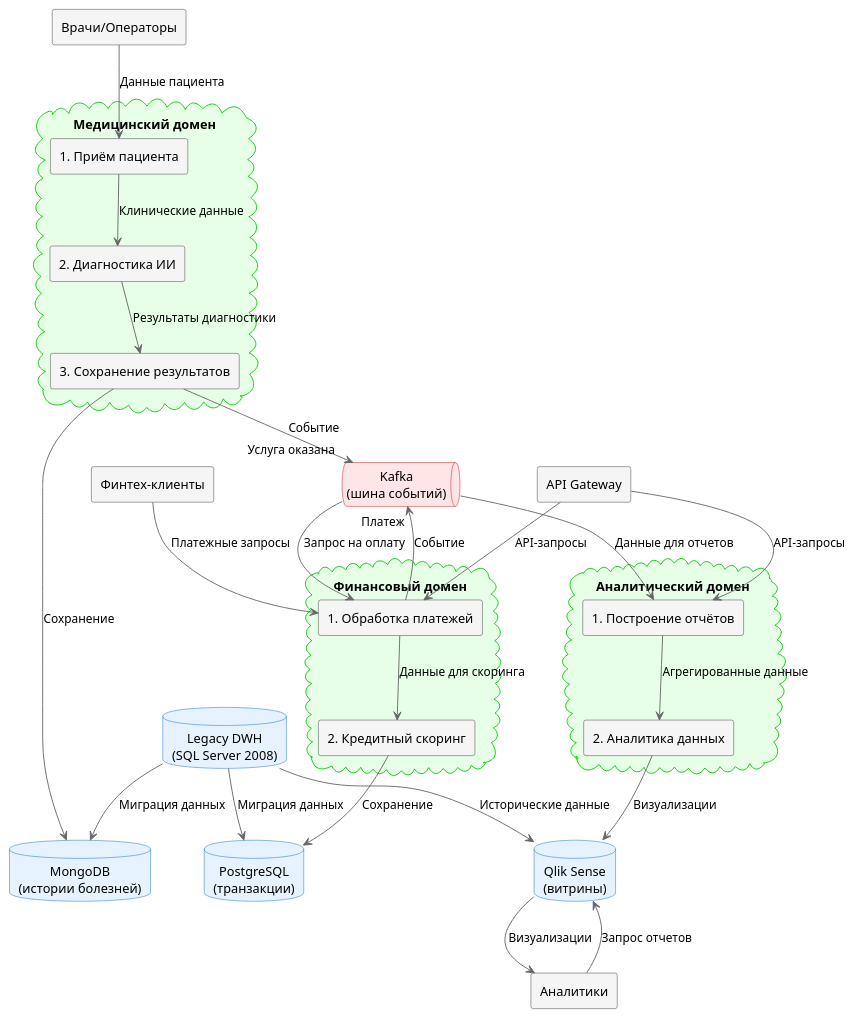
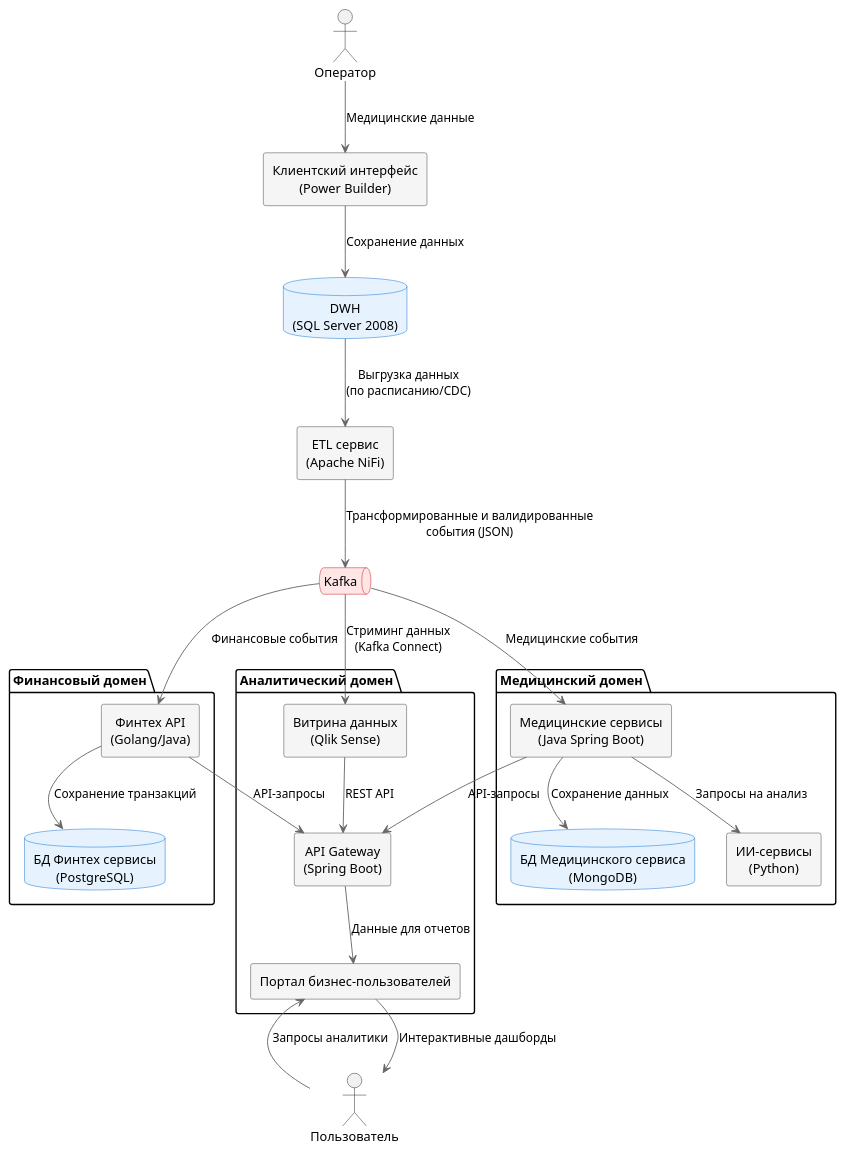
Before and after one commit to AlexanderDeGriz/architecture-future_2_0: the diagram in Task2/dfd.plantuml, drawn with PlantUML. The commit also changed 3 other files, not shown here.

```diff
--- a/Task2/dfd.plantuml
+++ b/Task2/dfd.plantuml
@@ -1,83 +1,72 @@
-@startuml Будущее_2.0_DFD_Уровень2
+@startuml DFD_Будущее_2.0_Уровень2
 
 top to bottom direction
 
 skinparam {
   defaultTextAlignment center
   rectangle {
     BackgroundColor #F5F5F5
     BorderColor #333
   }
   database {
     BackgroundColor #E6F3FF
     BorderColor #0066CC
   }
   queue {
     BackgroundColor #FFE6E6
     BorderColor #CC0000
   }
-  cloud {
-    BackgroundColor #E6FFE6
-    BorderColor #00CC00
-  }
   arrow {
     Color #666666
   }
 }
 
-rectangle "Врачи/Операторы" as doctors
-rectangle "Финтех-клиенты" as clients
-rectangle "Аналитики" as analysts
+actor "Оператор" as operator
+rectangle "Клиентский интерфейс\n(Power Builder)" as ui
+database "DWH\n(SQL Server 2008)" as dwh
+rectangle "ETL сервис\n(Apache NiFi)" as etl
+queue "Kafka" as kafka
 
-cloud "Медицинский домен" as medical {
-  rectangle "1. Приём пациента" as admit
-  rectangle "2. Диагностика ИИ" as diagnose
-  rectangle "3. Сохранение результатов" as save_medical
+package "Финансовый домен" {
+  rectangle "Финтех API\n(Golang/Java)" as finance_api
+  database "БД Финтех сервисы\n(PostgreSQL)" as finance_db
 }
 
-cloud "Финансовый домен" as finance {
-  rectangle "1. Обработка платежей" as payments
-  rectangle "2. Кредитный скоринг" as scoring
+package "Медицинский домен" {
+  rectangle "Медицинские сервисы\n(Java Spring Boot)" as medical_api
+  database "БД Медицинского сервиса\n(MongoDB)" as medical_db
+  rectangle "ИИ-сервисы\n(Python)" as ai
 }
 
-cloud "Аналитический домен" as analytics {
-  rectangle "1. Построение отчётов" as reporting
-  rectangle "2. Аналитика данных" as analysis
+package "Аналитический домен" {
+  rectangle "Витрина данных\n(Qlik Sense)" as bi
+  rectangle "API Gateway\n(Spring Boot)" as gateway
+  rectangle "Портал бизнес-пользователей" as portal
 }
 
-database "MongoDB\n(истории болезней)" as mongo
-database "PostgreSQL\n(транзакции)" as postgres
-database "Qlik Sense\n(витрины)" as qlik
+actor "Пользователь" as user
 
-queue "Kafka\n(шина событий)" as kafka
-rectangle "API Gateway" as gateway
-database "Legacy DWH\n(SQL Server 2008)" as legacy
+' Потоки данных
+operator --> ui : "Медицинские данные"
+ui --> dwh : "Сохранение данных"
+dwh --> etl : "Выгрузка данных\n(по расписанию/CDC)"
+etl --> kafka : "Трансформированные и валидированные\nсобытия (JSON)"
 
-doctors --> admit : Данные пациента
-admit --> diagnose : Клинические данные
-diagnose --> save_medical : Результаты диагностики
-save_medical --> mongo : Сохранение
-save_medical --> kafka : Событие "Услуга оказана"
+kafka --> finance_api : "Финансовые события"
+finance_api --> finance_db : "Сохранение транзакций"
 
-clients --> payments : Платежные запросы
-payments --> scoring : Данные для скоринга
-scoring --> postgres : Сохранение
-payments --> kafka : Событие "Платеж"
+kafka --> medical_api : "Медицинские события"
+medical_api --> medical_db : "Сохранение данных"
+medical_api --> ai : "Запросы на анализ"
 
-kafka --> payments : Запрос на оплату
-kafka --> reporting : Данные для отчетов
+kafka --> bi : "Стриминг данных\n(Kafka Connect)"
+bi --> gateway : "REST API"
+gateway --> portal : "Данные для отчетов"
+portal --> user : "Интерактивные дашборды"
 
-reporting --> analysis : Агрегированные данные
-analysis --> qlik : Визуализации
-
-gateway --> reporting : API-запросы
-gateway --> payments : API-запросы
-
-legacy --> mongo : Миграция данных
-legacy --> postgres : Миграция данных
-legacy --> qlik : Исторические данные
-
-analysts --> qlik : Запрос отчетов
-qlik --> analysts : Визуализации
+' Дополнительные интеграции
+finance_api --> gateway : "API-запросы"
+medical_api --> gateway : "API-запросы"
+user --> portal : "Запросы аналитики"
 
 @enduml
```
